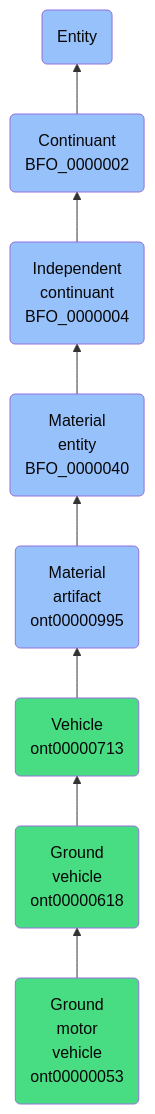
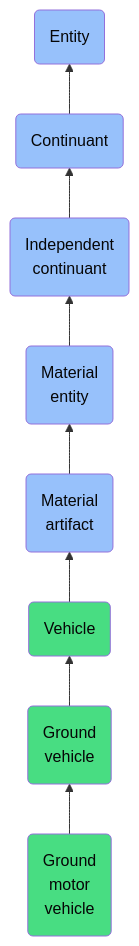
One commit to jupyter-naas/abi changed the diagram in docs/ontology/reference/model/Entity/Continuant/Independent continuant/Material entity/Material artifact/Vehicle/Ground vehicle/Ground motor vehicle/Ground motor vehicle.md. Above: the diagram before and after it, drawn with Mermaid. The commit also changed other lines of this file and 1430 other files, not shown here.

````diff
--- a/docs/ontology/reference/model/Entity/Continuant/Independent continuant/Material entity/Material artifact/Vehicle/Ground vehicle/Ground motor vehicle/Ground motor vehicle.md
+++ b/docs/ontology/reference/model/Entity/Continuant/Independent continuant/Material entity/Material artifact/Vehicle/Ground vehicle/Ground motor vehicle/Ground motor vehicle.md
@@ -24,15 +24,15 @@
 ```mermaid
 graph BT
-    ont00000053(Ground<br>motor<br>vehicle<br>ont00000053):::ABI-->ont00000618
-    ont00000618(Ground<br>vehicle<br>ont00000618):::ABI-->ont00000713
-    ont00000713(Vehicle<br>ont00000713):::ABI-->ont00000995
-    ont00000995(Material<br>artifact<br>ont00000995):::BFO-->BFO_0000040
-    BFO_0000040(Material<br>entity<br>BFO_0000040):::BFO-->BFO_0000004
-    BFO_0000004(Independent<br>continuant<br>BFO_0000004):::BFO-->BFO_0000002
-    BFO_0000002(Continuant<br>BFO_0000002):::BFO-->BFO_0000001
+    ont00000053(Ground<br>motor<br>vehicle):::ABI-->ont00000618
+    ont00000618(Ground<br>vehicle):::ABI-->ont00000713
+    ont00000713(Vehicle):::ABI-->ont00000995
+    ont00000995(Material<br>artifact):::BFO-->BFO_0000040
+    BFO_0000040(Material<br>entity):::BFO-->BFO_0000004
+    BFO_0000004(Independent<br>continuant):::BFO-->BFO_0000002
+    BFO_0000002(Continuant):::BFO-->BFO_0000001
     BFO_0000001(Entity):::BFO
     
     classDef BFO fill:#97c1fb,color:#060606
     classDef CCO fill:#e4c51e,color:#060606
     classDef ABI fill:#48DD82,color:#060606
 ```
````
